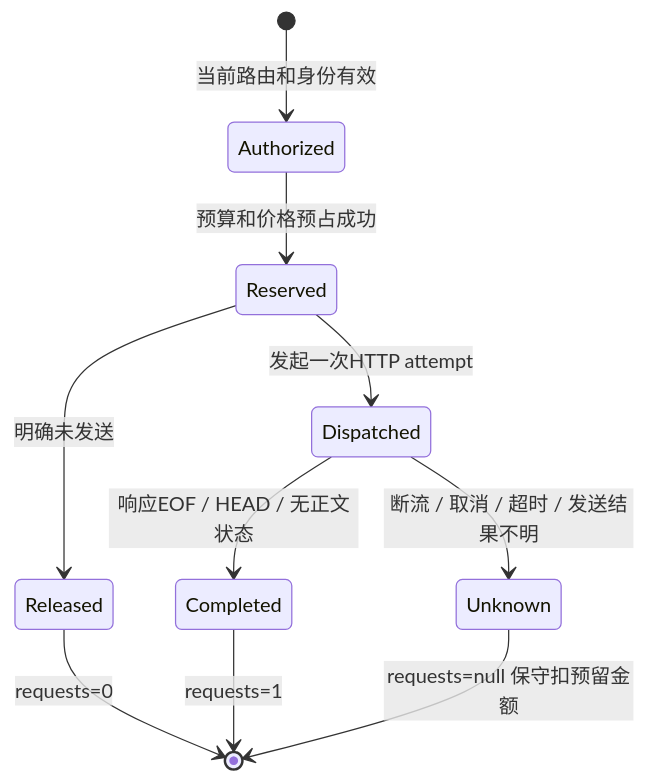
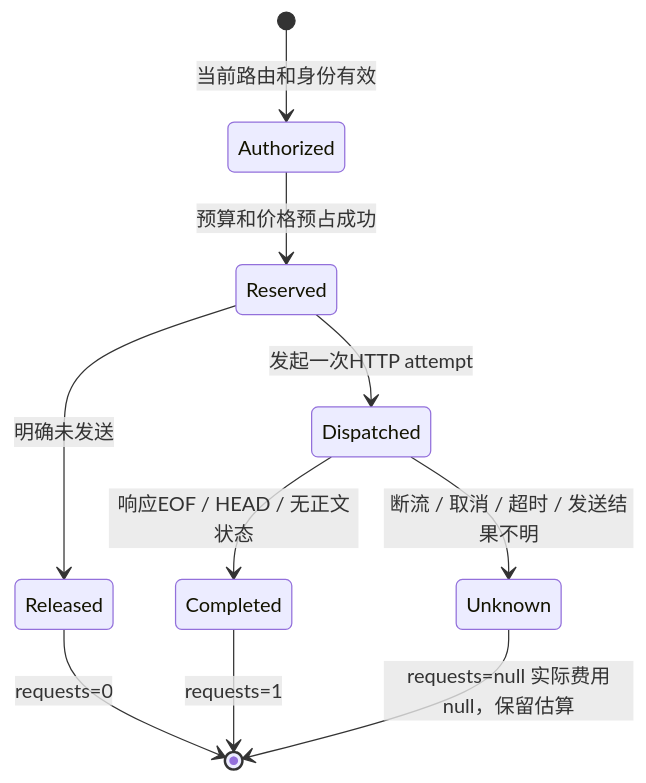
The second of 2 diagrams in docs/passthrough-development.md (qiwolf/tokengo), drawn with Mermaid before and after one commit. The commit also changed 21 other files, not shown here.

````diff
--- a/docs/passthrough-development.md
+++ b/docs/passthrough-development.md
@@ -115,12 +115,12 @@
 ```mermaid
 stateDiagram-v2
   [*] --> Authorized: 当前路由和身份有效
   Authorized --> Reserved: 预算和价格预占成功
   Reserved --> Released: 明确未发送
   Reserved --> Dispatched: 发起一次HTTP attempt
   Dispatched --> Completed: 响应EOF / HEAD / 无正文状态
   Dispatched --> Unknown: 断流 / 取消 / 超时 / 发送结果不明
   Released --> [*]: requests=0
   Completed --> [*]: requests=1
-  Unknown --> [*]: requests=null 保守扣预留金额
+  Unknown --> [*]: requests=null 实际费用null，保留估算
 ```
````
